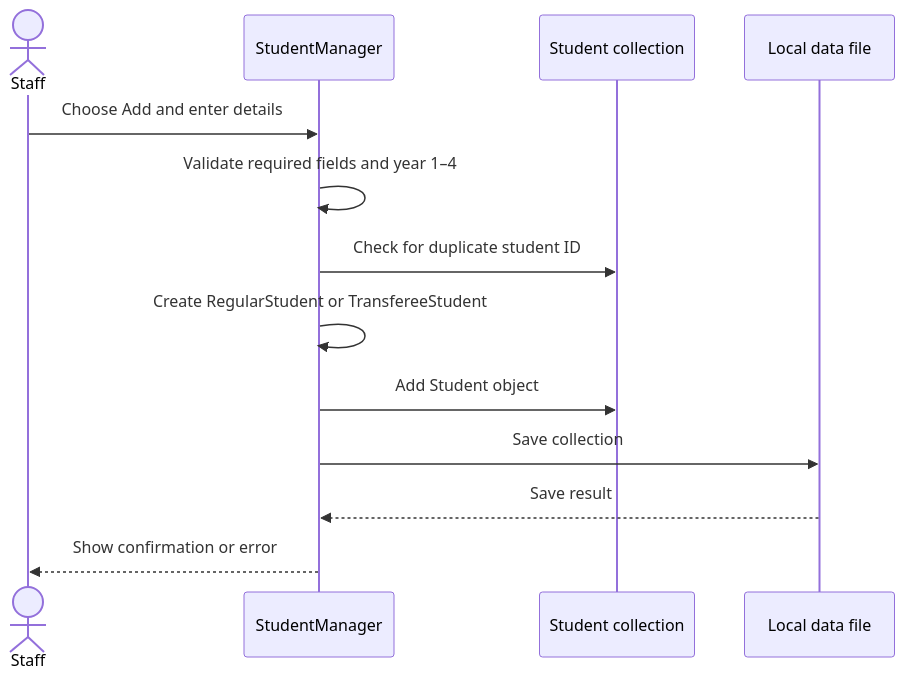
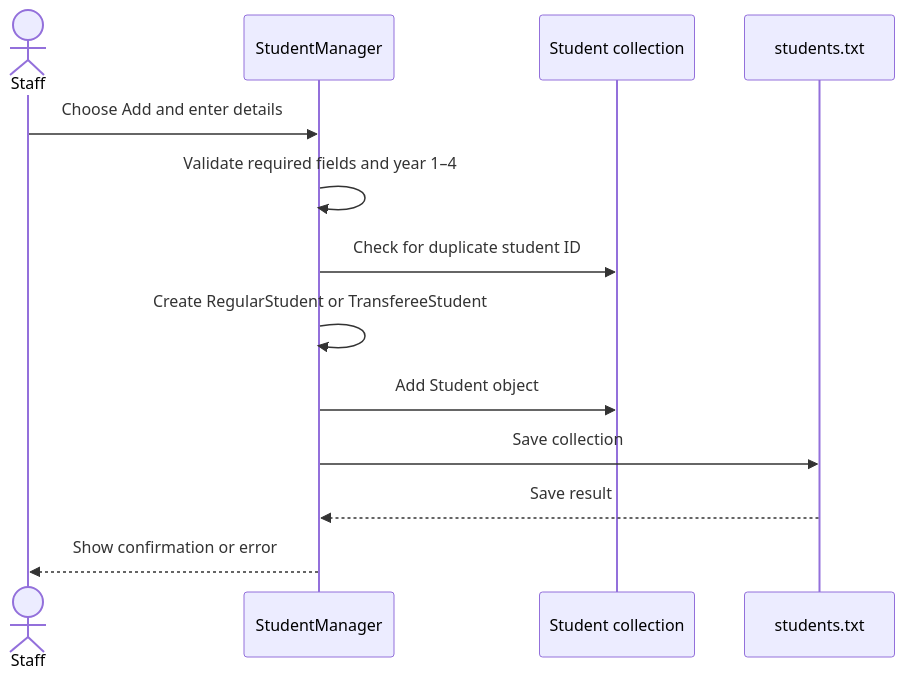
The fourth of 4 diagrams in UML_DESIGN.md (ja3h1/Student-System-Information), drawn with Mermaid before and after one commit. The commit also changed other lines of this file and 3 other files, not shown here.

````diff
--- a/UML_DESIGN.md
+++ b/UML_DESIGN.md
@@ -91,15 +91,15 @@
 ```mermaid
 sequenceDiagram
     actor Staff
     participant App as StudentManager
     participant Records as Student collection
-    participant File as Local data file
+    participant File as students.txt
     Staff->>App: Choose Add and enter details
     App->>App: Validate required fields and year 1–4
     App->>Records: Check for duplicate student ID
     App->>App: Create RegularStudent or TransfereeStudent
     App->>Records: Add Student object
     App->>File: Save collection
     File-->>App: Save result
     App-->>Staff: Show confirmation or error
 ```
````
